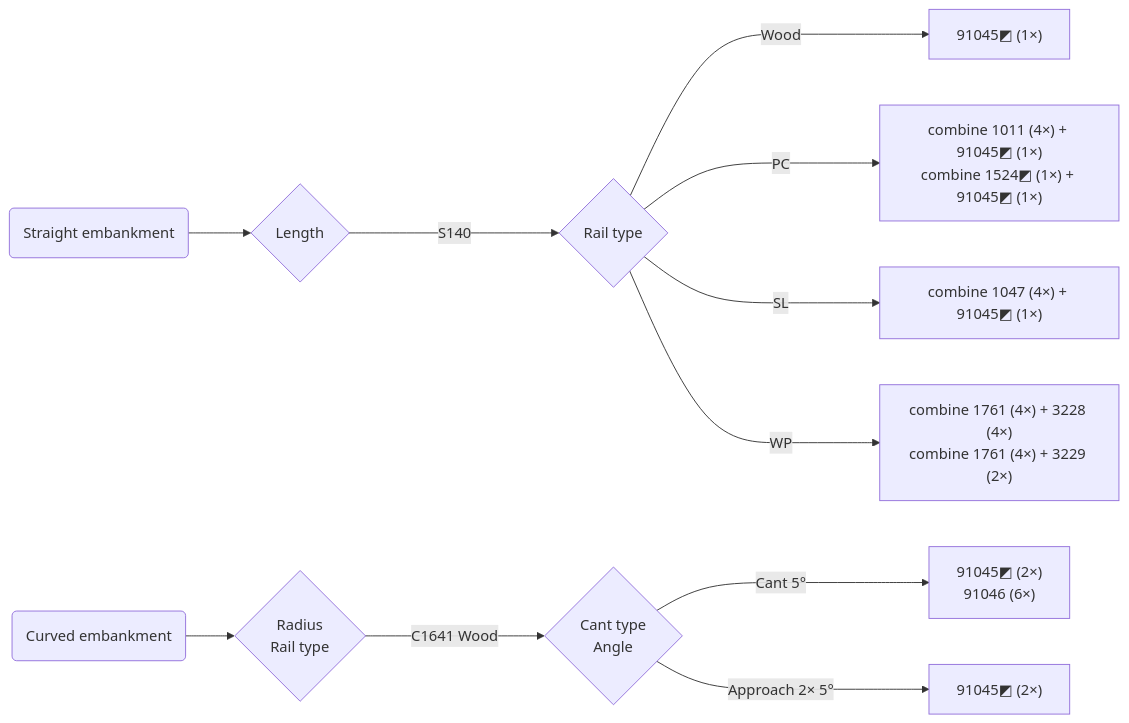
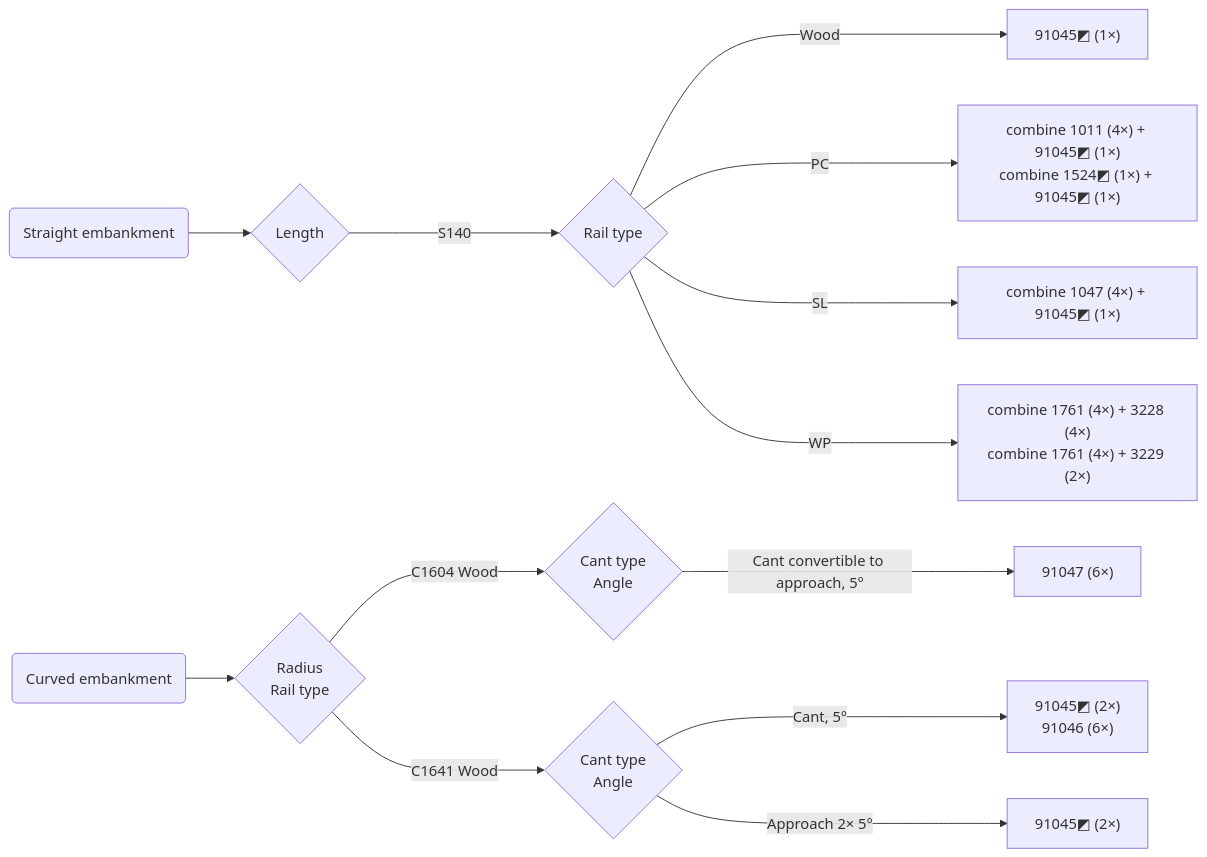
The seventh of 7 diagrams in tomix-diagrams.md (katemihalikova/tomix-rails), drawn with Mermaid before and after one commit. The commit also changed 3 other files, not shown here.

````diff
--- a/tomix-diagrams.md
+++ b/tomix-diagrams.md
@@ -299,17 +299,19 @@
 ```mermaid
 graph LR
     classDef cancelled fill:#fbb,stroke:#f22;
     classDef railsetonly fill:#ff7,stroke:#aa0;
 
     Si(Straight embankment) --> S{Length}
     S --->|S140| S140{Rail type}
     S140 --->|Wood| S140W["91045◩ (1×)"]
     S140 --->|PC| S140PC["combine 1011 (4×) + 91045◩ (1×)<br>combine 1524◩ (1×) + 91045◩ (1×)"]
     S140 --->|SL| S140SL["combine 1047 (4×) + 91045◩ (1×)"]
     S140 --->|WP| S140WP["combine 1761 (4×) + 3228 (4×)<br>combine 1761 (4×) + 3229 (2×)"]
 
     Ci(Curved embankment) --> C{Radius<br>Rail type}
+    C --->|C1604 Wood| C1604{Cant type<br>Angle}
     C --->|C1641 Wood| C1641{Cant type<br>Angle}
-    C1641 --->|"Cant 5°"| C1641C["91045◩ (2×)<br>91046 (6×)"]
+    C1604 --->|"Cant convertible to approach, 5°"| C1604CA["91047 (6×)"]
+    C1641 --->|"Cant, 5°"| C1641C["91045◩ (2×)<br>91046 (6×)"]
     C1641 --->|"Approach 2× 5°"| C1641A["91045◩ (2×)"]
 ```
````
